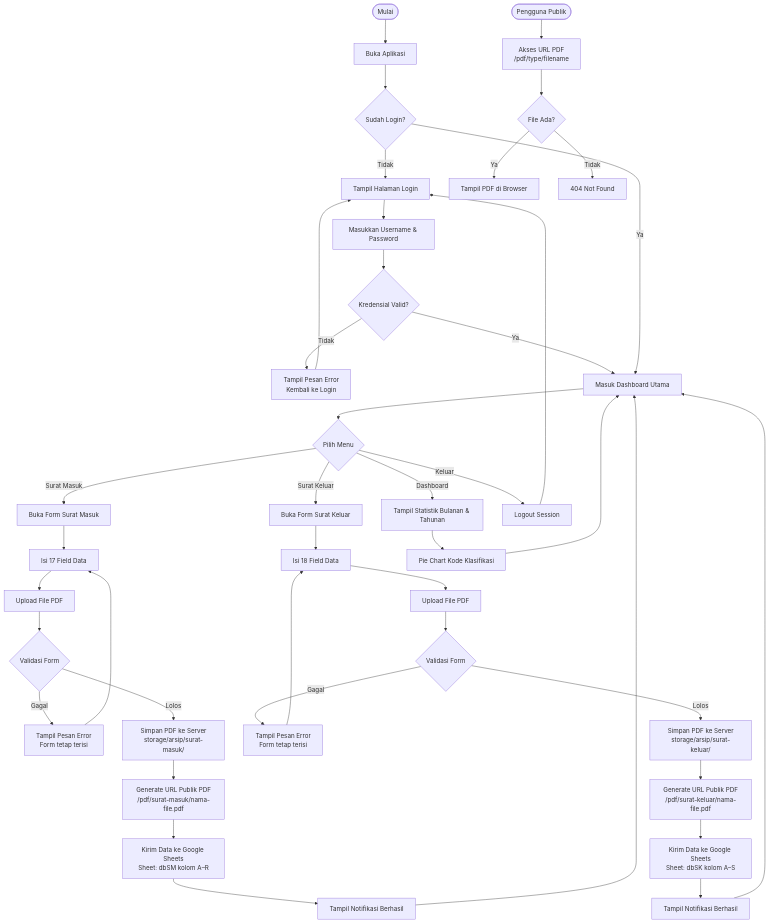
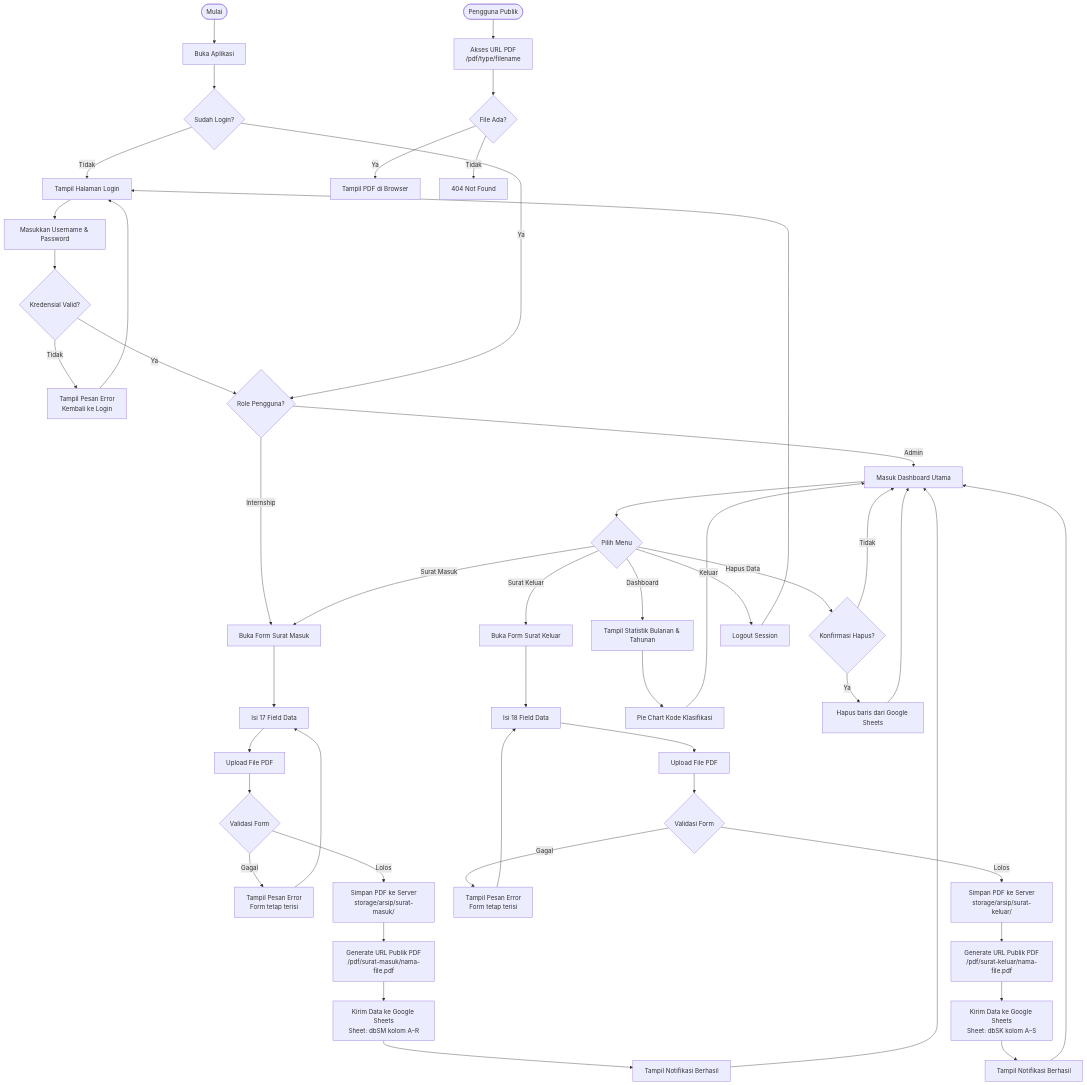
One commit to Rpl087/PROJECT-MAGANG changed the second of 3 diagrams in README.md. Above: the diagram before and after it, drawn with Mermaid. The commit also changed other lines of this file and 1 other file, not shown here.

````diff
--- a/README.md
+++ b/README.md
@@ -184,50 +216,57 @@
 ```mermaid
 flowchart TD
     A([Mulai]) --> B[Buka Aplikasi]
     B --> C{Sudah Login?}
     C -- Tidak --> D[Tampil Halaman Login]
     D --> E[Masukkan Username & Password]
     E --> F{Kredensial Valid?}
     F -- Tidak --> G[Tampil Pesan Error\nKembali ke Login]
     G --> D
-    F -- Ya --> H[Masuk Dashboard Utama]
-    C -- Ya --> H
+    F -- Ya --> ROLE{Role Pengguna?}
+    ROLE -- Admin --> H[Masuk Dashboard Utama]
+    ROLE -- Internship --> J[Buka Form Surat Masuk]
+    C -- Ya --> ROLE
 
     H --> I{Pilih Menu}
 
     I -- Surat Masuk --> J[Buka Form Surat Masuk]
     J --> K[Isi 17 Field Data]
     K --> L[Upload File PDF]
     L --> M{Validasi Form}
     M -- Gagal --> N[Tampil Pesan Error\nForm tetap terisi]
     N --> K
     M -- Lolos --> O[Simpan PDF ke Server\nstorage/arsip/surat-masuk/]
     O --> O2[Generate URL Publik PDF\n/pdf/surat-masuk/nama-file.pdf]
     O2 --> P[Kirim Data ke Google Sheets\nSheet: dbSM kolom A–R]
     P --> Q[Tampil Notifikasi Berhasil]
     Q --> H
 
     I -- Surat Keluar --> R[Buka Form Surat Keluar]
     R --> S[Isi 18 Field Data]
     S --> T[Upload File PDF]
     T --> U{Validasi Form}
     U -- Gagal --> V[Tampil Pesan Error\nForm tetap terisi]
     V --> S
     U -- Lolos --> W[Simpan PDF ke Server\nstorage/arsip/surat-keluar/]
     W --> W2[Generate URL Publik PDF\n/pdf/surat-keluar/nama-file.pdf]
     W2 --> X[Kirim Data ke Google Sheets\nSheet: dbSK kolom A–S]
     X --> Y[Tampil Notifikasi Berhasil]
     Y --> H
 
     I -- Dashboard --> DA[Tampil Statistik Bulanan & Tahunan]
     DA --> DB[Pie Chart Kode Klasifikasi]
     DB --> H
 
+    I -- Hapus Data --> DEL{Konfirmasi Hapus?}
+    DEL -- Ya --> DELACT[Hapus baris dari Google Sheets]
+    DELACT --> H
+    DEL -- Tidak --> H
+
     I -- Keluar --> Z[Logout Session]
     Z --> D
 
     PUB([Pengguna Publik]) --> PURL[Akses URL PDF\n/pdf/type/filename]
     PURL --> PCHECK{File Ada?}
     PCHECK -- Ya --> PPDF[Tampil PDF di Browser]
     PCHECK -- Tidak --> P404[404 Not Found]
 ```
````
